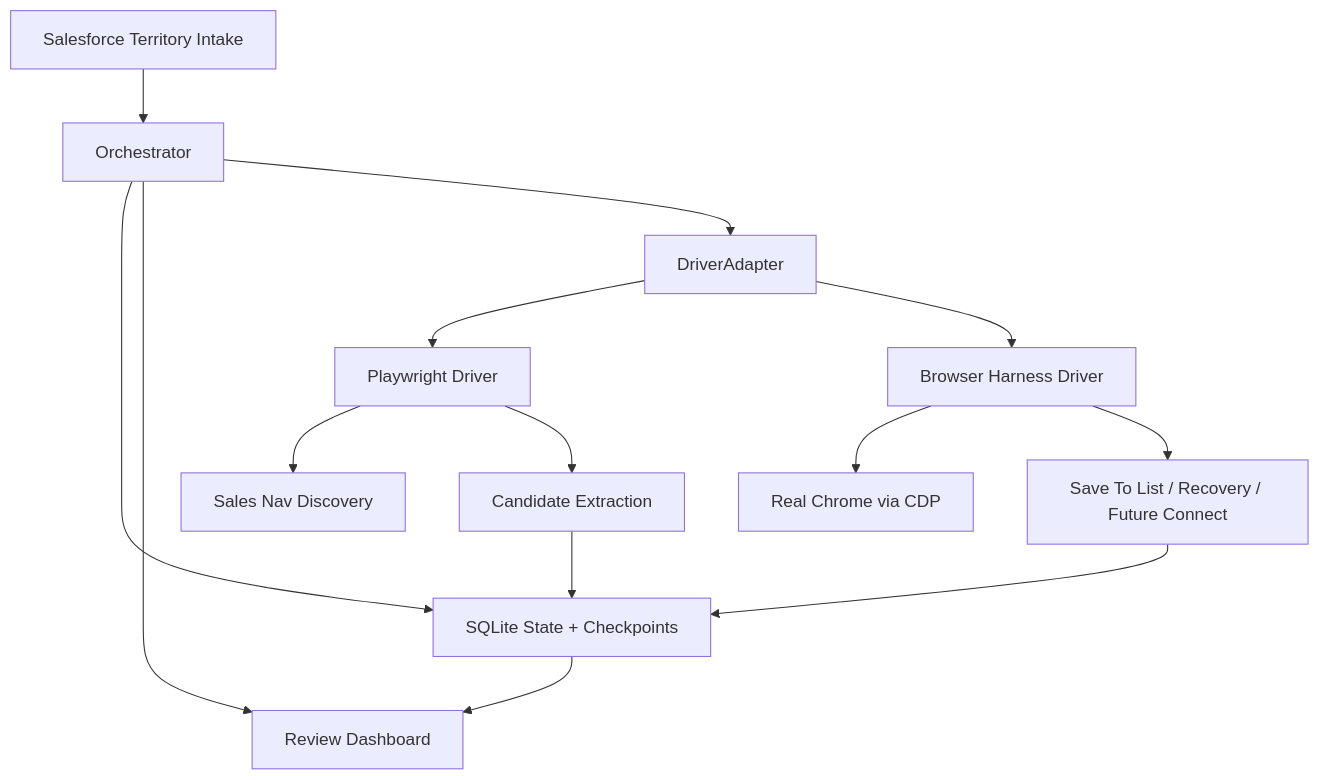
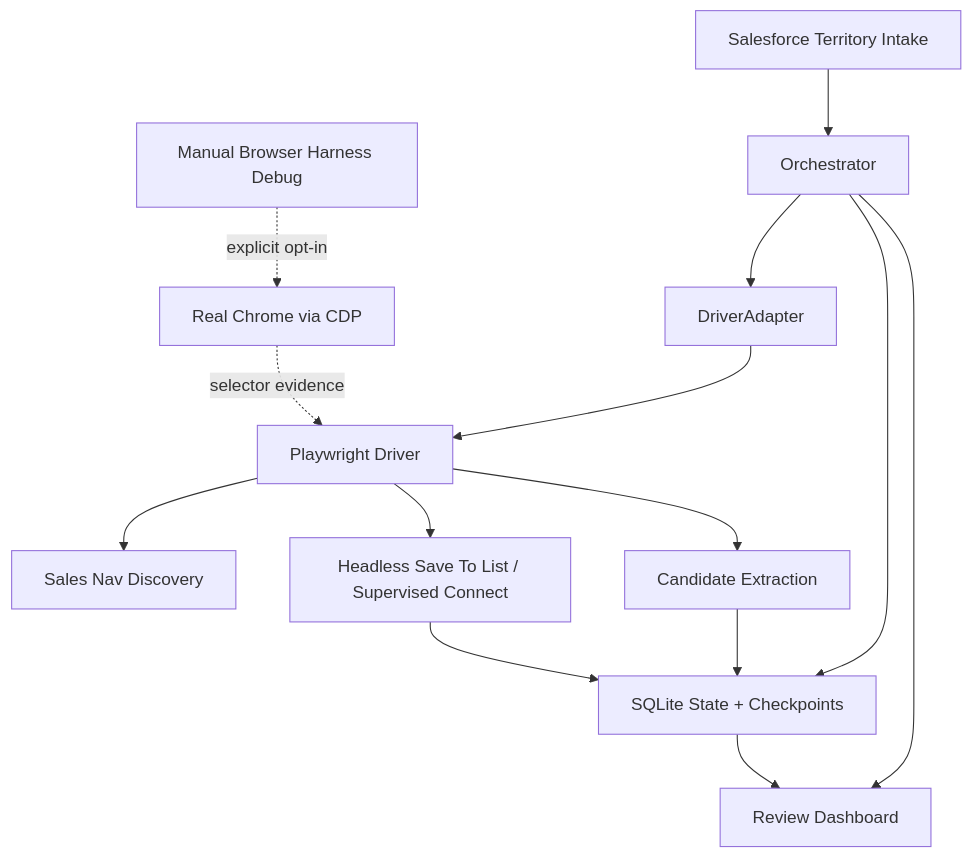
The diagram in docs/browser-harness-hybrid-stack.md (daniel-datsenko/sales-nav-research-assistant), drawn with Mermaid before and after one commit. The commit also changed other lines of this file and 8 other files, not shown here.

````diff
--- a/docs/browser-harness-hybrid-stack.md
+++ b/docs/browser-harness-hybrid-stack.md
@@ -57,20 +59,20 @@
 ```mermaid
 flowchart TD
   A["Salesforce Territory Intake"] --> B["Orchestrator"]
   B --> C["SQLite State + Checkpoints"]
   B --> D["Review Dashboard"]
   B --> E["DriverAdapter"]
 
   E --> F["Playwright Driver"]
-  E --> G["Browser Harness Driver"]
 
   F --> H["Sales Nav Discovery"]
   F --> I["Candidate Extraction"]
-
-  G --> J["Real Chrome via CDP"]
-  G --> K["Save To List / Recovery / Future Connect"]
+  F --> K["Headless Save To List / Supervised Connect"]
 
   I --> C
   K --> C
   C --> D
+
+  L["Manual Browser Harness Debug"] -. explicit opt-in .-> J["Real Chrome via CDP"]
+  J -. selector evidence .-> F
 ```
````
